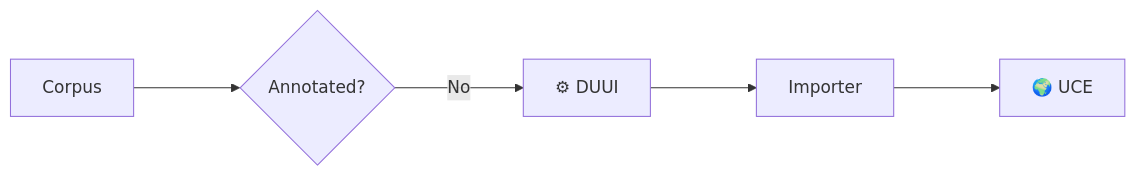
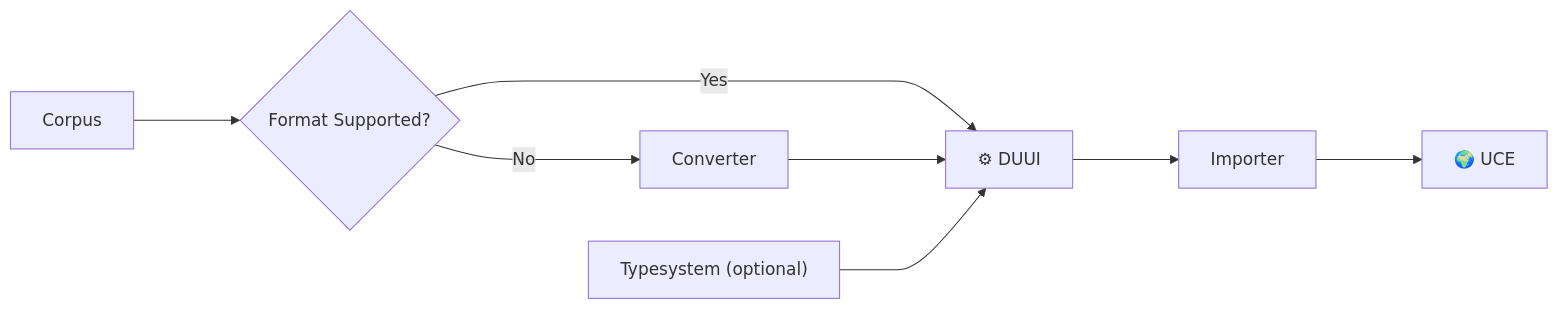
One commit to texttechnologylab/UCE changed the diagram in documentation/docs/getting-started/uima-duui.md. Above: the diagram before and after it, drawn with Mermaid. The commit also changed other lines of this file, not shown here.

Commit message:
Update uima-duui.md
edited graph and added some links for further informations

````diff
--- a/documentation/docs/getting-started/uima-duui.md
+++ b/documentation/docs/getting-started/uima-duui.md
@@ -5,7 +5,10 @@
 ```mermaid
 graph LR
-    A[Corpus] ---> B{Annotated?}
-    B --->|No| D[⚙ DUUI]
-    C[Importer] ---> E[🌍 UCE]
-    D ---> C
+    A[Corpus] ---> F{Format Supported?}
+    F --->|Yes| D[⚙ DUUI]
+    F --->|No| C[Converter]
+    C ---> D[⚙ DUUI]
+    T["Typesystem (optional)"] ---> D[⚙ DUUI]
+    I[Importer] ---> E[🌍 UCE]
+    D ---> I
 ```
````
